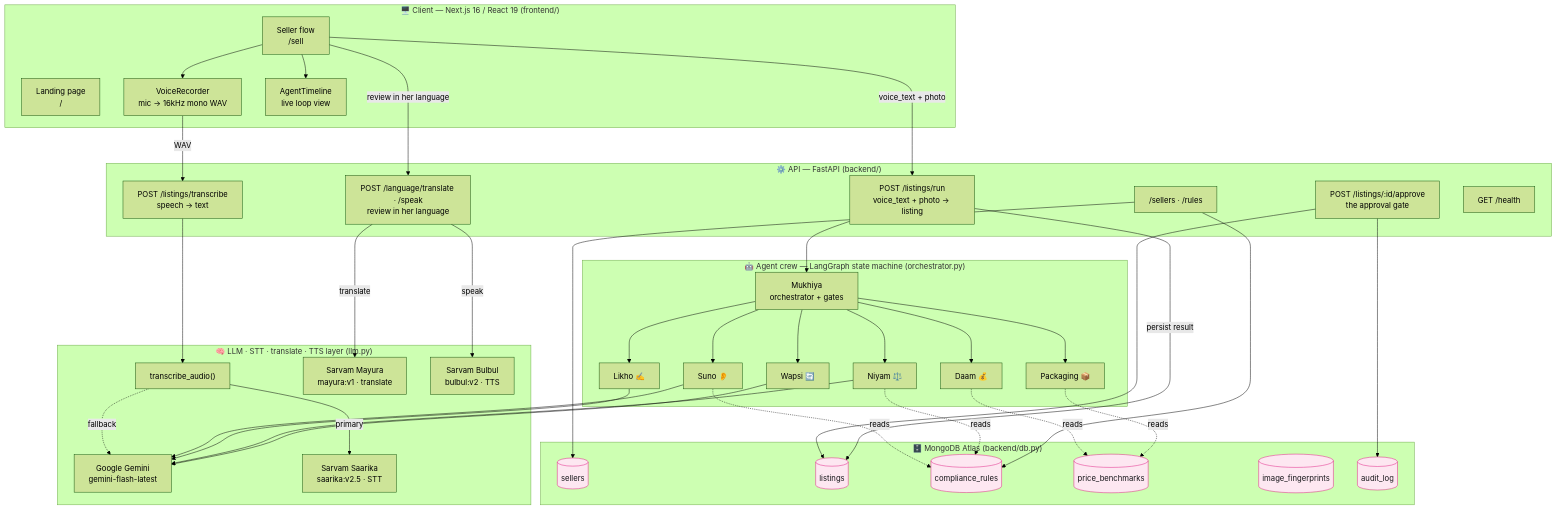
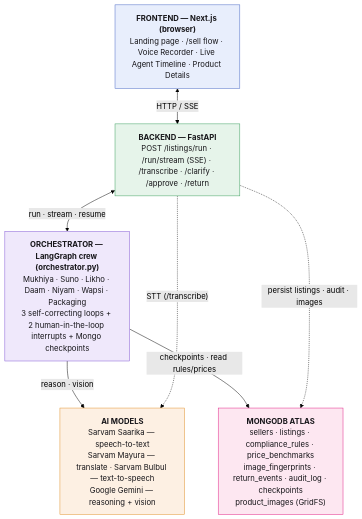
The first of 2 diagrams in README.md (sandana1918/Aarambhini), drawn with Mermaid (forest theme) before and after one commit.

Commit message:
Simplify the README high-level diagram back to the layered overview
The inlined mermaid used the detailed ARCHITECTURE.md graph, which was far
busier than the clean four-layer overview the README had before. Restore
that layered look — Frontend → Backend → Orchestrator, over AI Models and
MongoDB Atlas — now with the full Sarvam trio (Saarika · Mayura · Bulbul)
plus Gemini, and the Atlas box left as it was. The detailed graph still
lives in docs/ARCHITECTURE.md.

````diff
--- a/README.md
+++ b/README.md
@@ -111,75 +111,26 @@
 ```mermaid
 flowchart TB
-    subgraph client["🖥️ Client — Next.js 16 / React 19 (frontend/)"]
-        LP["Landing page<br/>/"]
-        SELL["Seller flow<br/>/sell"]
-        REC["VoiceRecorder<br/>mic → 16kHz mono WAV"]
-        TL["AgentTimeline<br/>live loop view"]
-    end
+    FE["<b>FRONTEND — Next.js (browser)</b><br/>Landing page · /sell flow · Voice Recorder · Live Agent Timeline · Product Details"]
+    BE["<b>BACKEND — FastAPI</b><br/>POST /listings/run · /run/stream (SSE) · /transcribe · /clarify · /approve · /return"]
+    ORCH["<b>ORCHESTRATOR — LangGraph crew (orchestrator.py)</b><br/>Mukhiya · Suno · Likho · Daam · Niyam · Wapsi · Packaging<br/>3 self-correcting loops + 2 human-in-the-loop interrupts + Mongo checkpoints"]
+    AI["<b>AI MODELS</b><br/>Sarvam Saarika — speech-to-text<br/>Sarvam Mayura — translate · Sarvam Bulbul — text-to-speech<br/>Google Gemini — reasoning + vision"]
+    DB["<b>MONGODB ATLAS</b><br/>sellers · listings · compliance_rules · price_benchmarks<br/>image_fingerprints · return_events · audit_log · checkpoints<br/>product_images (GridFS)"]
 
-    subgraph api["⚙️ API — FastAPI (backend/)"]
-        R1["POST /listings/transcribe<br/>speech → text"]
-        R2["POST /listings/run<br/>voice_text + photo → listing"]
-        R3["POST /listings/:id/approve<br/>the approval gate"]
-        R4["/sellers · /rules"]
-        R5["POST /language/translate · /speak<br/>review in her language"]
-        HP["GET /health"]
-    end
+    FE <-->|"HTTP / SSE"| BE
+    BE <-->|"run · stream · resume"| ORCH
+    ORCH -->|"reason · vision"| AI
+    ORCH -->|"checkpoints · read rules/prices"| DB
+    BE -.->|"STT (/transcribe)"| AI
+    BE -.->|"persist listings · audit · images"| DB
 
-    subgraph crew["🤖 Agent crew — LangGraph state machine (orchestrator.py)"]
-        MUK["Mukhiya<br/>orchestrator + gates"]
-        SUNO["Suno 👂"]
-        LIKHO["Likho ✍️"]
-        DAAM["Daam 💰"]
-        NIYAM["Niyam ⚖️"]
-        WAPSI["Wapsi 🔄"]
-        PACK["Packaging 📦"]
-    end
-
-    subgraph llm["🧠 LLM · STT · translate · TTS layer (llm.py)"]
-        GEM["Google Gemini<br/>gemini-flash-latest"]
-        STT["transcribe_audio()"]
-        SARV["Sarvam Saarika<br/>saarika:v2.5 · STT"]
-        MAY["Sarvam Mayura<br/>mayura:v1 · translate"]
-        BUL["Sarvam Bulbul<br/>bulbul:v2 · TTS"]
-    end
-
-    subgraph data["🗄️ MongoDB Atlas (backend/db.py)"]
-        C1[("sellers")]
-        C2[("listings")]
-        C3[("compliance_rules")]
-        C4[("price_benchmarks")]
-        C5[("image_fingerprints")]
-        C6[("audit_log")]
-    end
-
-    SELL --> REC
-    REC -->|WAV| R1
-    R1 --> STT
-    STT -->|primary| SARV
-    STT -.fallback.-> GEM
-    SELL -->|voice_text + photo| R2
-    SELL --> TL
-    R2 --> MUK
-    R3 --> C2
-    R3 --> C6
-
-    MUK --> SUNO & LIKHO & DAAM & NIYAM & WAPSI & PACK
-    SUNO --> GEM
-    LIKHO --> GEM
-    NIYAM --> GEM
-    WAPSI --> GEM
-
-    SUNO -. reads .-> C3
-    NIYAM -. reads .-> C3
-    DAAM -. reads .-> C4
-    PACK -. reads .-> C4
-    R2 -->|persist result| C2
-    R4 --> C1 & C3
-    SELL -->|review in her language| R5
-    R5 -->|translate| MAY
-    R5 -->|speak| BUL
-
-    classDef store fill:#fde7f1,stroke:#e01d84,color:#17161a;
-    class C1,C2,C3,C4,C5,C6 store;
+    classDef fe fill:#e8eefc,stroke:#4666c4,color:#17161a;
+    classDef be fill:#e6f4ea,stroke:#3a9d5d,color:#17161a;
+    classDef orch fill:#efe8fb,stroke:#8257d4,color:#17161a;
+    classDef ai fill:#fdf0e3,stroke:#e0912a,color:#17161a;
+    classDef db fill:#fde7f1,stroke:#e01d84,color:#17161a;
+    class FE fe;
+    class BE be;
+    class ORCH orch;
+    class AI ai;
+    class DB db;
 ```
````
